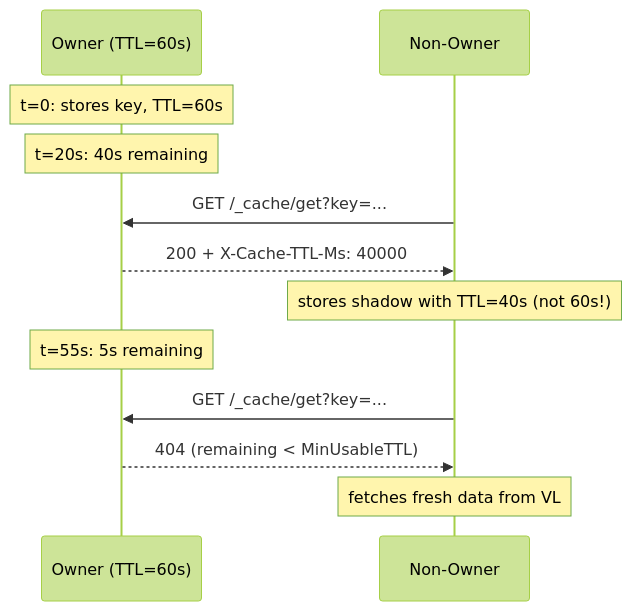
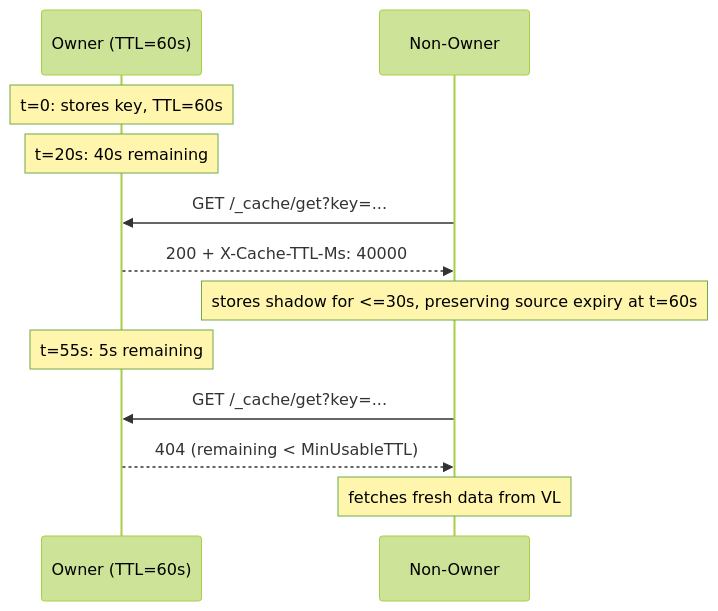
The sixth of 16 diagrams in docs/fleet-cache.md (ReliablyObserve/loki-vl-proxy), drawn with Mermaid (forest theme) before and after one commit. The commit also changed other lines of this file and 54 other files, not shown here.

````diff
--- a/docs/fleet-cache.md
+++ b/docs/fleet-cache.md
@@ -138,18 +160,18 @@
 ```mermaid
 sequenceDiagram
     participant O as Owner (TTL=60s)
     participant N as Non-Owner
 
     Note over O: t=0: stores key, TTL=60s
     Note over O: t=20s: 40s remaining
 
     N->>O: GET /_cache/get?key=...
     O-->>N: 200 + X-Cache-TTL-Ms: 40000
-    Note over N: stores shadow with TTL=40s (not 60s!)
+    Note over N: stores shadow for <=30s, preserving source expiry at t=60s
 
     Note over O: t=55s: 5s remaining
 
     N->>O: GET /_cache/get?key=...
     O-->>N: 404 (remaining < MinUsableTTL)
     Note over N: fetches fresh data from VL
 ```
````
